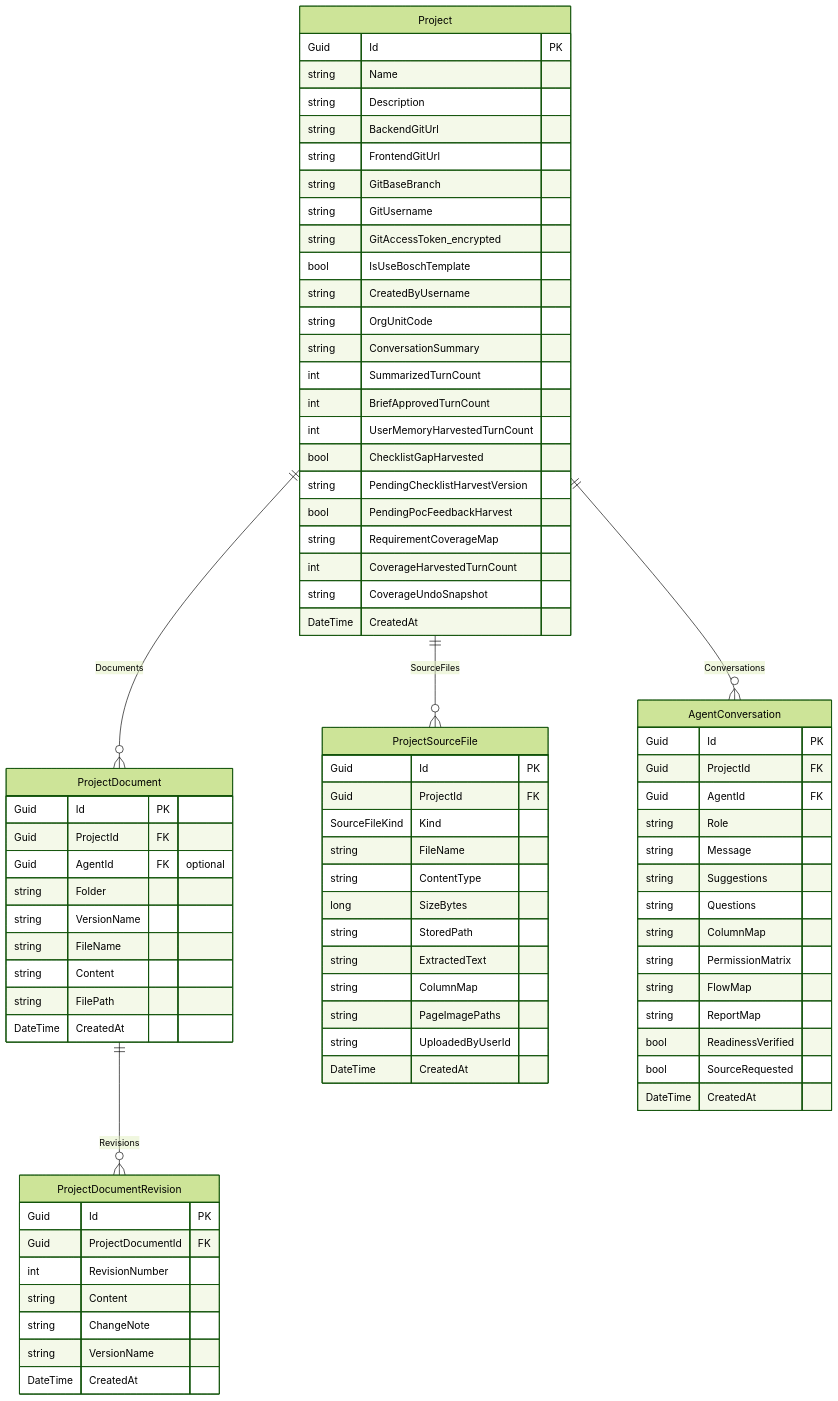
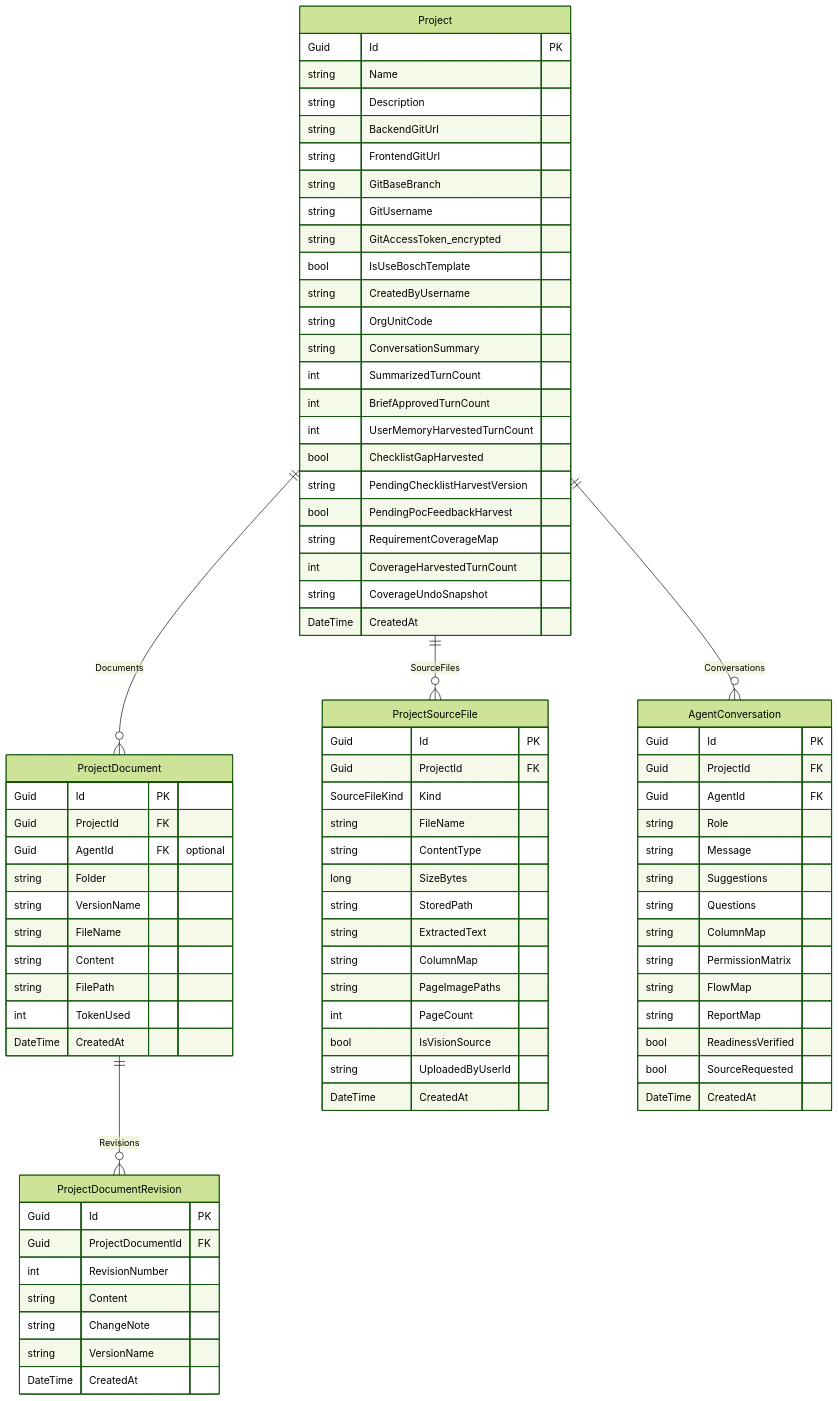
The second of 9 diagrams in docs/data-model.md (Songlong0506/ICOGenerator-v4), drawn with Mermaid (forest theme) before and after one commit. The commit also changed other lines of this file and 39 other files, not shown here.

```diff
--- a/docs/data-model.md
+++ b/docs/data-model.md
@@ -134,6 +134,7 @@
         string FileName
         string Content
         string FilePath
+        int TokenUsed
         DateTime CreatedAt
     }
 
@@ -158,6 +159,8 @@
         string ExtractedText
         string ColumnMap
         string PageImagePaths
+        int PageCount
+        bool IsVisionSource
         string UploadedByUserId
         DateTime CreatedAt
     }
```
